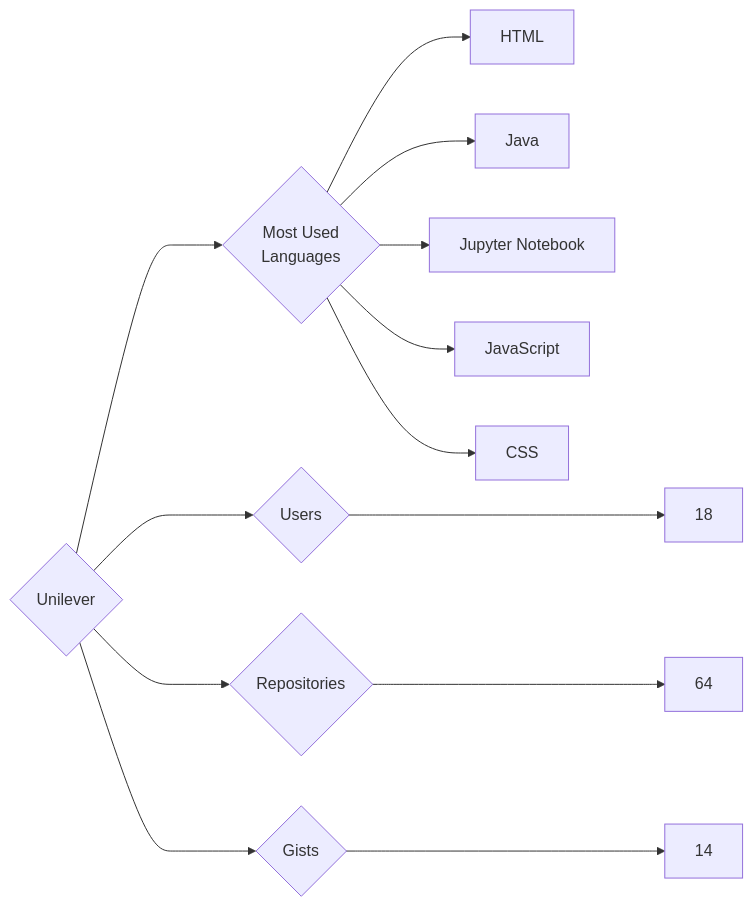
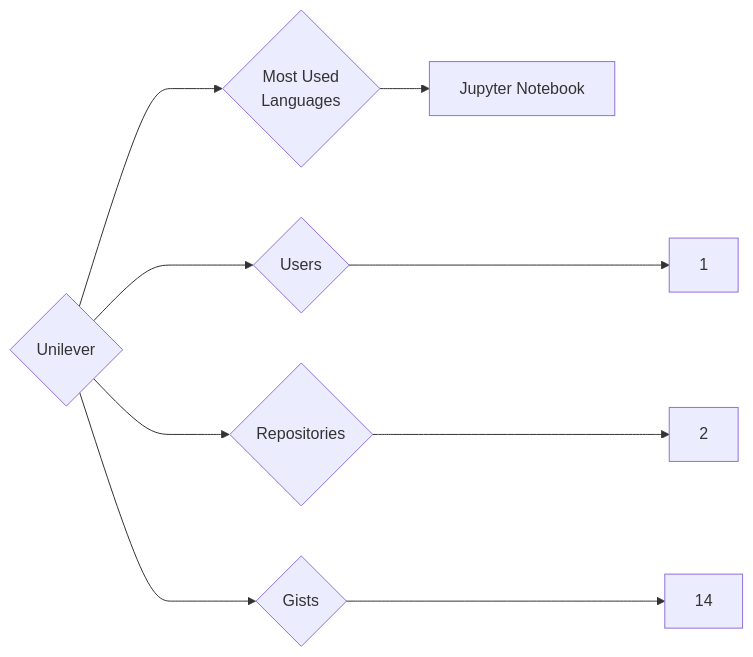
Before and after one commit to trickest/insiders: the diagram in targets/Unilever/README.md, drawn with Mermaid. The commit also changed 582 other files, not shown here.

````diff
--- a/targets/Unilever/README.md
+++ b/targets/Unilever/README.md
@@ -3,13 +3,9 @@
 ```mermaid
 graph LR
 COMPANY_NAME{Unilever}
-COMPANY_NAME ---> U{Users} ---> UN[18]
-COMPANY_NAME ---> R{Repositories} ---> RN[64]
+COMPANY_NAME ---> U{Users} ---> UN[1]
+COMPANY_NAME ---> R{Repositories} ---> RN[2]
 COMPANY_NAME ---> G{Gists} ---> GN[14]
 COMPANY_NAME ---> ML{Most Used<br>Languages}
-ML --> HTML[HTML]
-ML --> Java[Java]
 ML --> Jupyter_Notebook[Jupyter Notebook]
-ML --> JavaScript[JavaScript]
-ML --> CSS[CSS]
 ```
````
